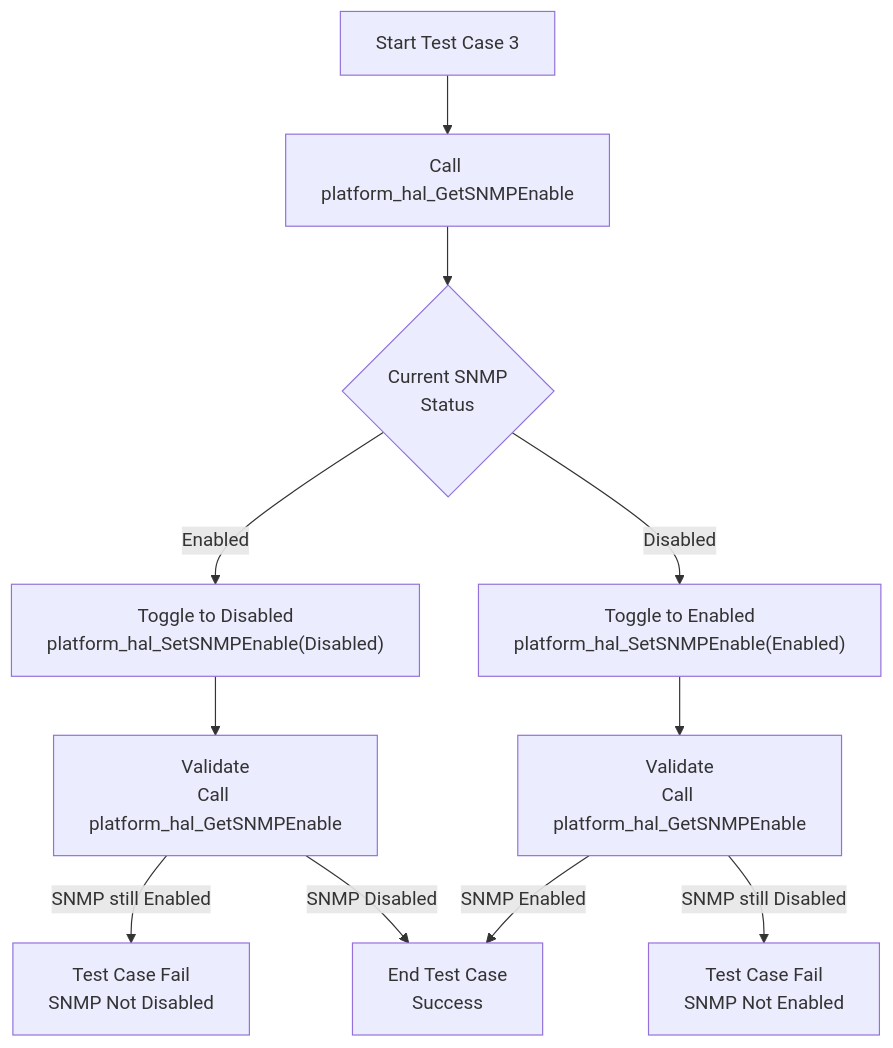
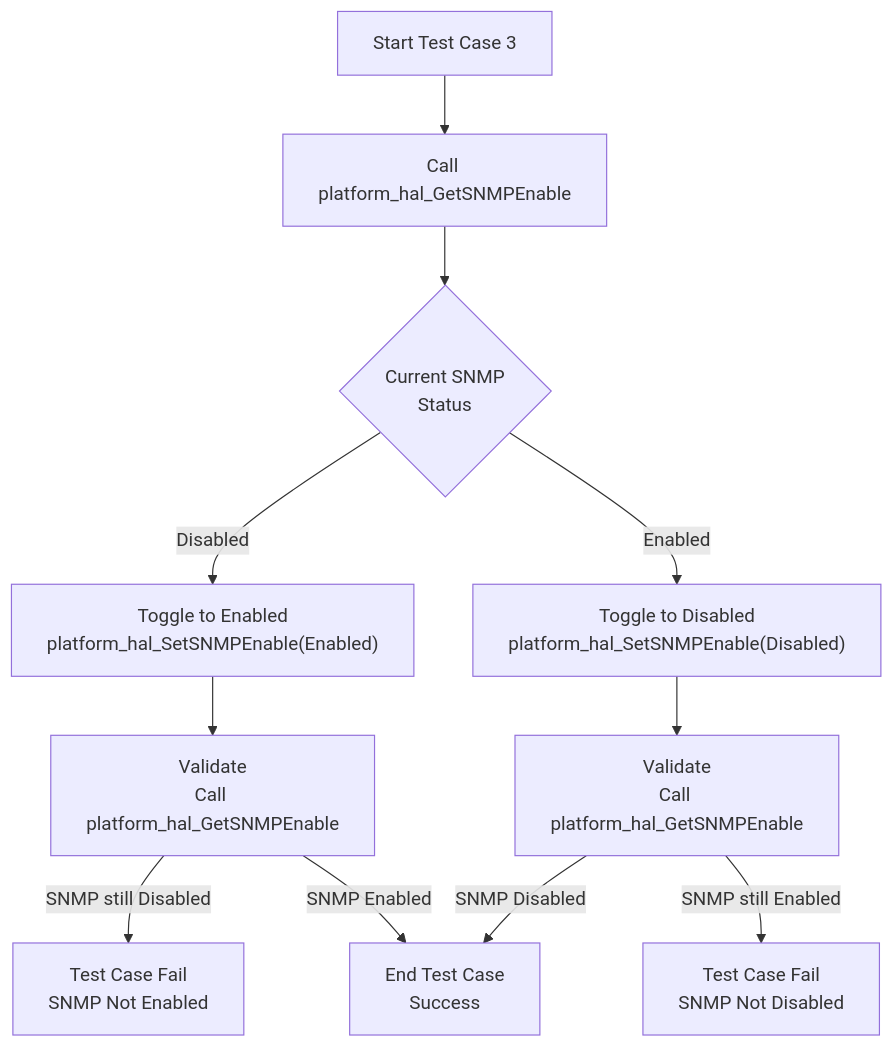
One commit to rdkcentral/rdkb-halif-test-platform changed the third of 14 diagrams in docs/pages/platform_hal_mermaid.md. Above: the diagram before and after it, drawn with Mermaid. The commit also changed other lines of this file, not shown here.

Commit message:
Develop platform hal L2 test suite Modified the mermaid file for L2 testcases

````diff
--- a/docs/pages/platform_hal_mermaid.md
+++ b/docs/pages/platform_hal_mermaid.md
@@ -37,13 +37,13 @@
 ```mermaid
 flowchart TD
     A[Start Test Case 3] --> B[Call platform_hal_GetSNMPEnable]
     B --> C{Current SNMP <br> Status}
+    C -->|Disabled| E["Toggle to Enabled<br>platform_hal_SetSNMPEnable(Enabled)"]
     C -->|Enabled| D["Toggle to Disabled<br>platform_hal_SetSNMPEnable(Disabled)"]
-    C -->|Disabled| E["Toggle to Enabled<br>platform_hal_SetSNMPEnable(Enabled)"]
     D --> F[Validate<br>Call platform_hal_GetSNMPEnable]
     E --> G[Validate<br>Call platform_hal_GetSNMPEnable]
+    F -->|SNMP Disabled| I[End Test Case<br>Success]
     F -->|SNMP still Enabled| H[Test Case Fail<br>SNMP Not Disabled]
-    F -->|SNMP Disabled| I[End Test Case<br>Success]
     G -->|SNMP still Disabled| J[Test Case Fail<br>SNMP Not Enabled]
     G -->|SNMP Enabled| I[End Test Case<br>Success]
 ```
````
